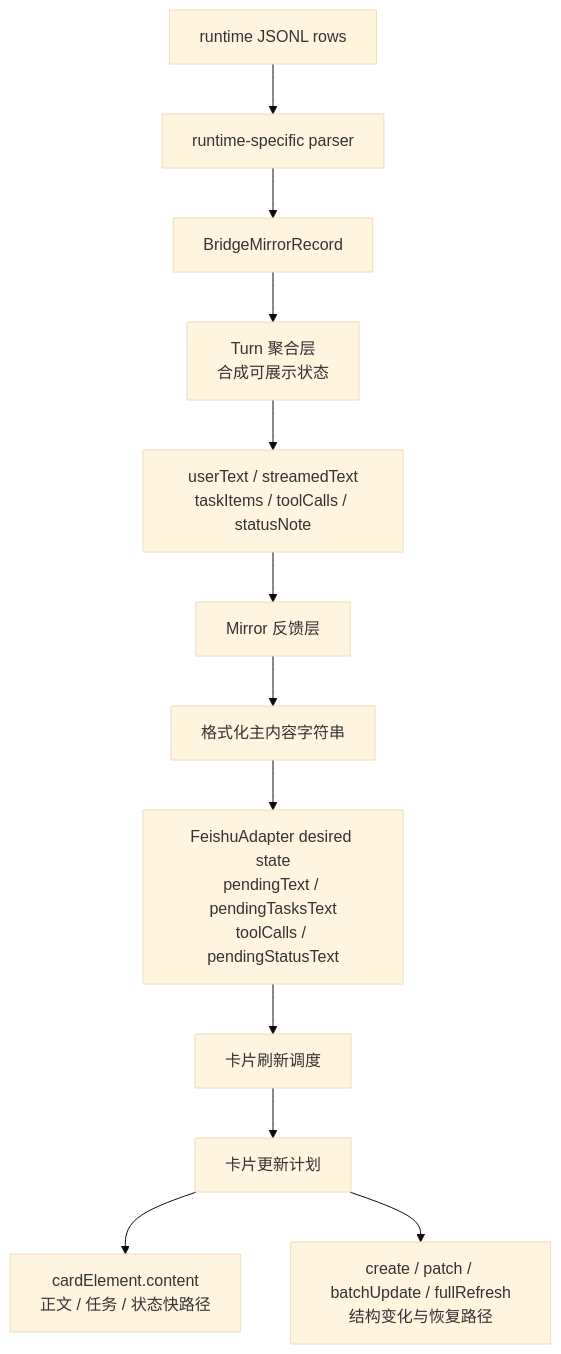
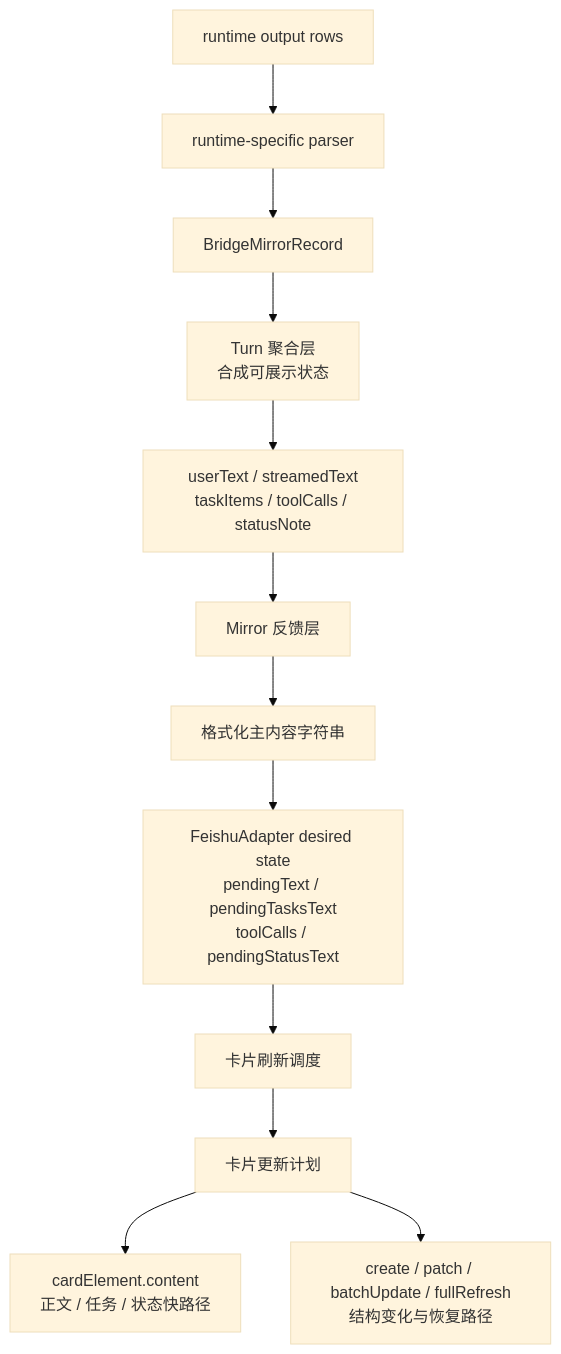
The fourth of 5 diagrams in docs/architecture/current.md (huiyeruzhou/codelark), drawn with Mermaid (base theme) before and after one commit. The commit also changed other lines of this file and 191 other files, not shown here.

````diff
--- a/docs/architecture/current.md
+++ b/docs/architecture/current.md
@@ -241,27 +248,27 @@
 ```mermaid
 flowchart TD
-  rows[runtime JSONL rows]
+  rows[runtime output rows]
   parser[runtime-specific parser]
   records[BridgeMirrorRecord]
   turns[Turn 聚合层<br/>合成可展示状态]
   state[userText / streamedText<br/>taskItems / toolCalls / statusNote]
   feedback[Mirror 反馈层]
   format[格式化主内容字符串]
   pending[FeishuAdapter desired state<br/>pendingText / pendingTasksText<br/>toolCalls / pendingStatusText]
   flush[卡片刷新调度]
   plan[卡片更新计划]
   fast[cardElement.content<br/>正文 / 任务 / 状态快路径]
   fallback[create / patch / batchUpdate / fullRefresh<br/>结构变化与恢复路径]
 
   rows --> parser
   parser --> records
   records --> turns
   turns --> state
   state --> feedback
   feedback --> format
   format --> pending
   pending --> flush
   flush --> plan
   plan --> fast
   plan --> fallback
 ```
````
